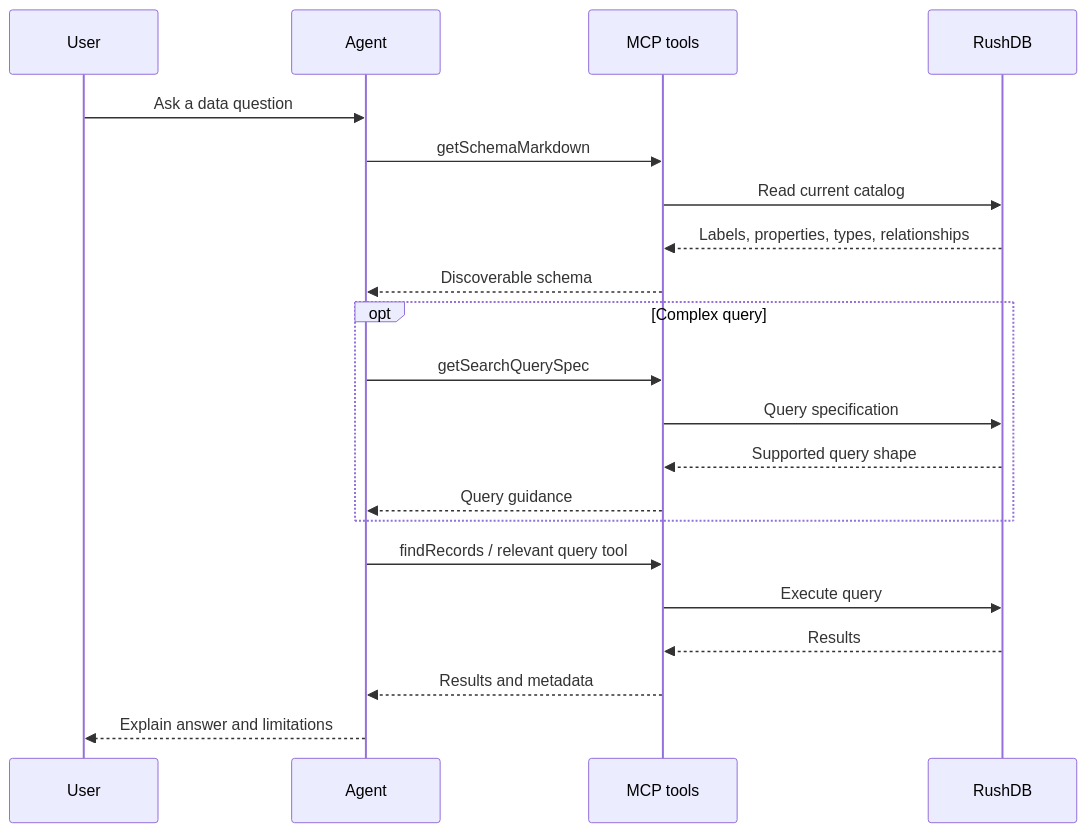
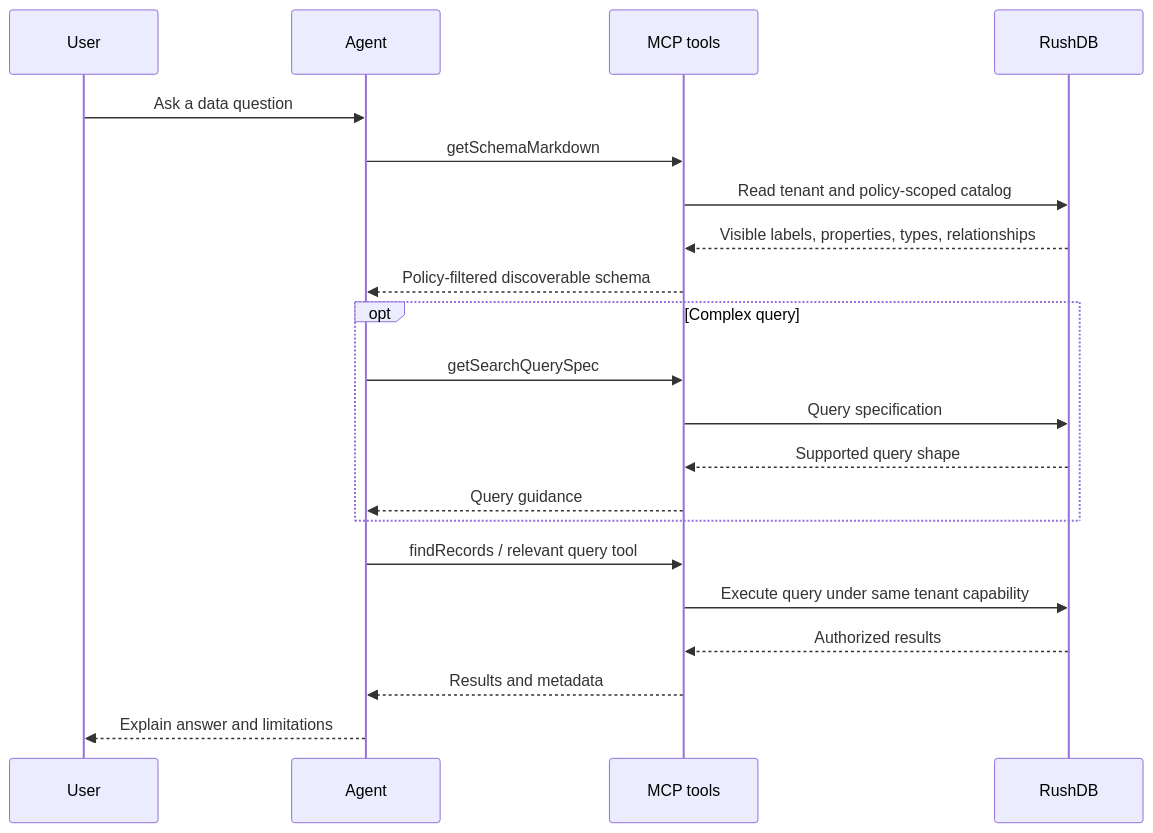
Before and after one commit to wazimBadsha/rushdb-engineering-research: the diagram in docs/integrations/agent-discovery-and-mcp.md, drawn with Mermaid. The commit also changed other lines of this file, not shown here.

Commit message:
docs: align discovery sequence with enforced policy

````diff
--- a/docs/integrations/agent-discovery-and-mcp.md
+++ b/docs/integrations/agent-discovery-and-mcp.md
@@ -5,23 +5,23 @@
 ```mermaid
 sequenceDiagram
   participant U as User
   participant A as Agent
   participant M as MCP tools
   participant R as RushDB
   U->>A: Ask a data question
   A->>M: getSchemaMarkdown
-  M->>R: Read current catalog
-  R-->>M: Labels, properties, types, relationships
-  M-->>A: Discoverable schema
+  M->>R: Read tenant and policy-scoped catalog
+  R-->>M: Visible labels, properties, types, relationships
+  M-->>A: Policy-filtered discoverable schema
   opt Complex query
     A->>M: getSearchQuerySpec
     M->>R: Query specification
     R-->>M: Supported query shape
     M-->>A: Query guidance
   end
   A->>M: findRecords / relevant query tool
-  M->>R: Execute query
-  R-->>M: Results
+  M->>R: Execute query under same tenant capability
+  R-->>M: Authorized results
   M-->>A: Results and metadata
   A-->>U: Explain answer and limitations
 ```
````
